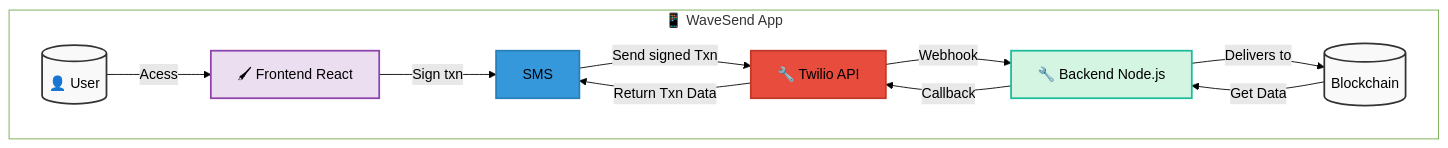
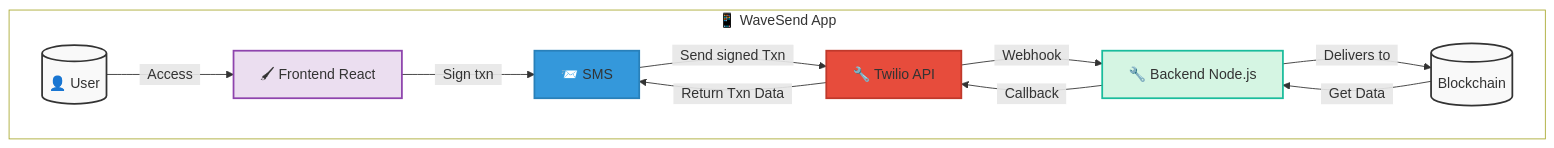
Before and after one commit to juancolchete/waveSend: the diagram in README.md, drawn with Mermaid.

Commit message:
docs: new flowchart

````diff
--- a/README.md
+++ b/README.md
@@ -10,31 +10,32 @@
 ```mermaid
 flowchart TD
  subgraph subGraph0["📱 WaveSend App"]
         Frontend["🖌 Frontend React"]
         User[("👤 User")]
-        SMS["SMS"]
+        SMS["📨 SMS"]
         Twilio["🔧 Twilio API"]
         Backend["🔧 Backend Node.js"]
         Blockchain["Blockchain"]
   end
-    User -- Acess --> Frontend
-    Frontend -- Sign txn --> SMS
-    SMS -- Send signed Txn --> Twilio
-    Twilio -- Webhook --> Backend
-    Backend -- Callback --> Twilio
-    Backend -- Delivers to --> Blockchain
-    Blockchain -- Get Data --> Backend
-    Twilio -- Return Txn Data --> SMS
+    User -- &nbsp;&nbsp;Access&nbsp;&nbsp; --> Frontend
+    Frontend -- &nbsp;&nbsp;Sign txn&nbsp;&nbsp; --> SMS
+    SMS -- &nbsp;&nbsp;Send signed Txn&nbsp;&nbsp; --> Twilio
+    Twilio -- &nbsp;&nbsp;Webhook&nbsp;&nbsp; --> Backend
+    Backend -- &nbsp;&nbsp;Callback&nbsp;&nbsp; --> Twilio
+    Backend -- &nbsp;&nbsp;Delivers to&nbsp;&nbsp; --> Blockchain
+    Blockchain -- &nbsp;&nbsp;Get Data&nbsp;&nbsp; --> Backend
+    Twilio -- &nbsp;&nbsp;Return Txn Data&nbsp;&nbsp; --> SMS
 
     Blockchain@{ shape: cyl}
     style Frontend fill:#ebdef0,stroke:#8e44ad,stroke-width:2px
     style User fill:#f9f9f9,stroke:#333,stroke-width:2px
     style SMS fill:#3498db,stroke:#2980b9,stroke-width:2px
     style Twilio fill:#e74c3c,stroke:#c0392b,stroke-width:2px
     style Backend fill:#d5f5e3,stroke:#1abc9c,stroke-width:2px
     style Blockchain fill:#f9f9f9,stroke:#333,stroke-width:2px
     style subGraph0 fill: white
 
 
-%%{init:{'theme':'forest'}}%%
+%%{init:{'theme':'default'}}%%
+
 ```
````
